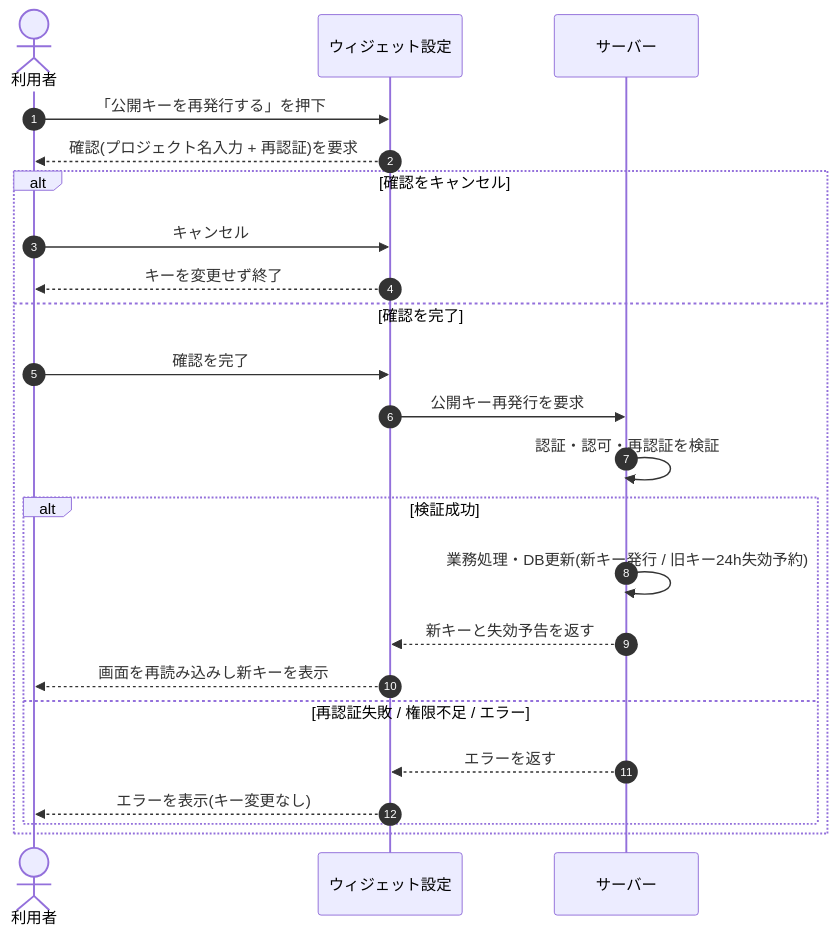
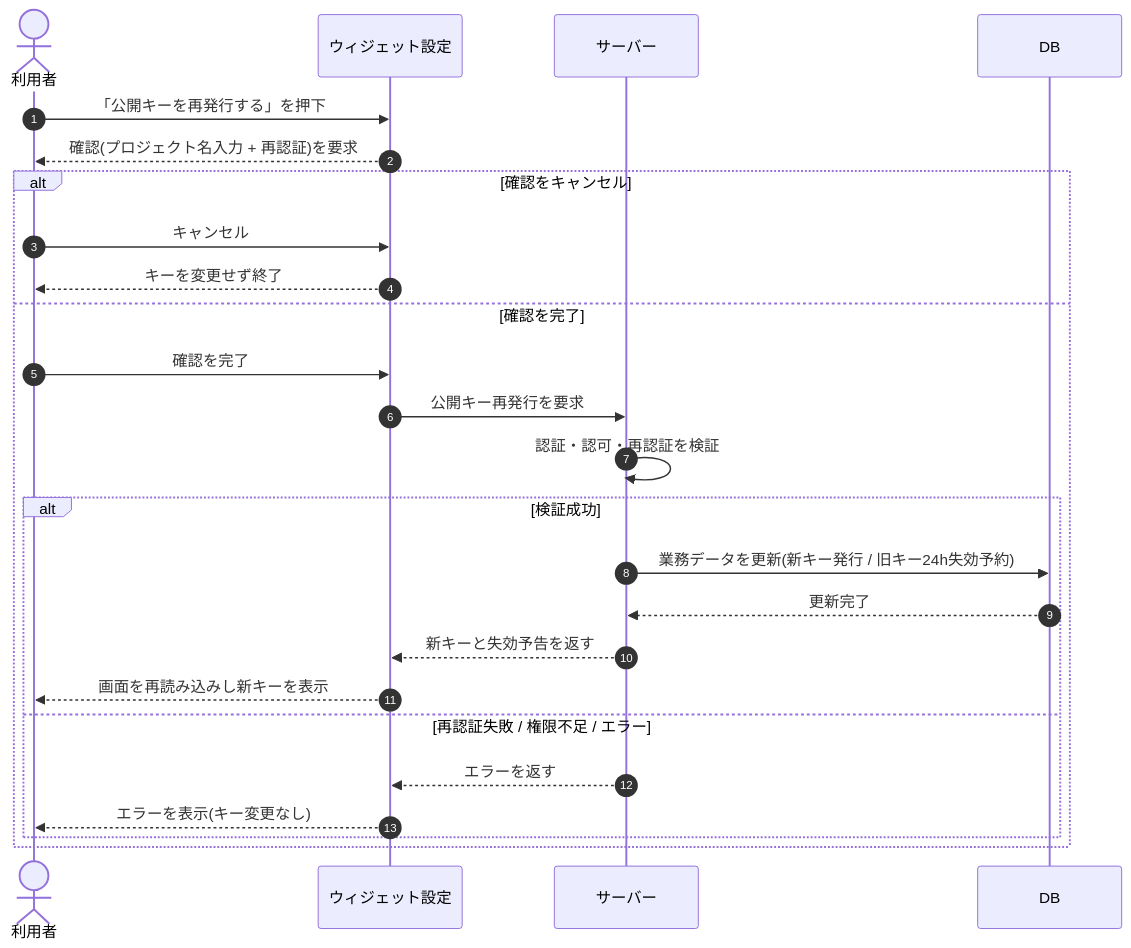
Before and after one commit to sikakou54/open-faq: the diagram in 02_basic_design/03_sequences/SEQ-039.md, drawn with Mermaid. The commit also changed other lines of this file and 122 other files, not shown here.

First line of the commit message:
シーケンス図に DB アクターを追加(DB 操作をサーバー自己メッセージから分離)

````diff
--- a/02_basic_design/03_sequences/SEQ-039.md
+++ b/02_basic_design/03_sequences/SEQ-039.md
@@ -26,25 +26,27 @@
 ```mermaid
 sequenceDiagram
   autonumber
   actor U as 利用者
   participant Screen as ウィジェット設定
   participant Server as サーバー
+  participant DB as DB
   U->>Screen: 「公開キーを再発行する」を押下
   Screen-->>U: 確認(プロジェクト名入力 + 再認証)を要求
   alt 確認をキャンセル
     U->>Screen: キャンセル
     Screen-->>U: キーを変更せず終了
   else 確認を完了
     U->>Screen: 確認を完了
     Screen->>Server: 公開キー再発行を要求
     Server->>Server: 認証・認可・再認証を検証
     alt 検証成功
-      Server->>Server: 業務処理・DB更新(新キー発行 / 旧キー24h失効予約)
+      Server->>DB: 業務データを更新(新キー発行 / 旧キー24h失効予約)
+      DB-->>Server: 更新完了
       Server-->>Screen: 新キーと失効予告を返す
       Screen-->>U: 画面を再読み込みし新キーを表示
     else 再認証失敗 / 権限不足 / エラー
       Server-->>Screen: エラーを返す
       Screen-->>U: エラーを表示(キー変更なし)
     end
   end
 ```
````
